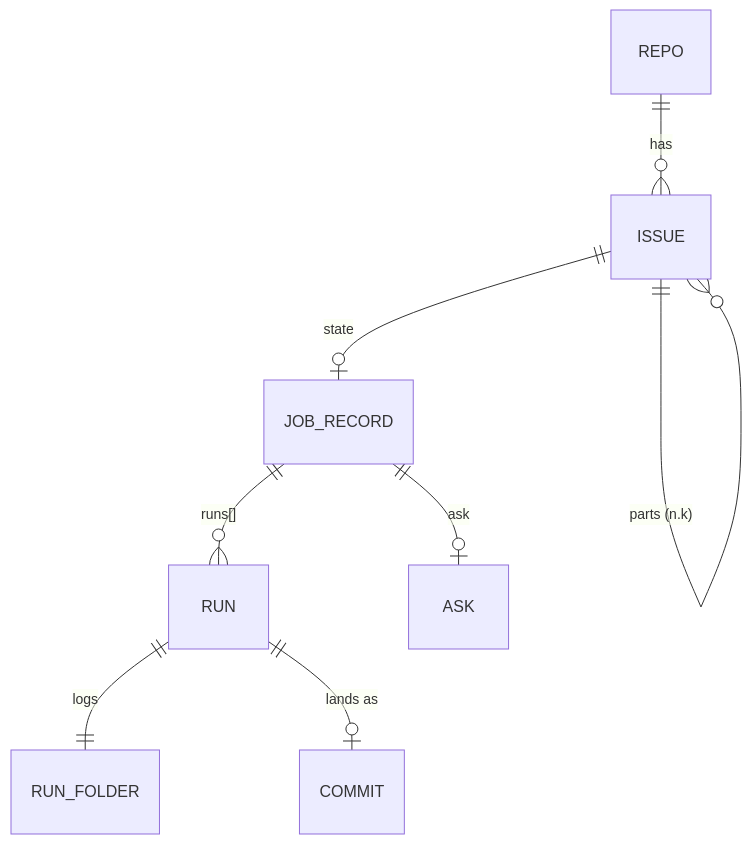
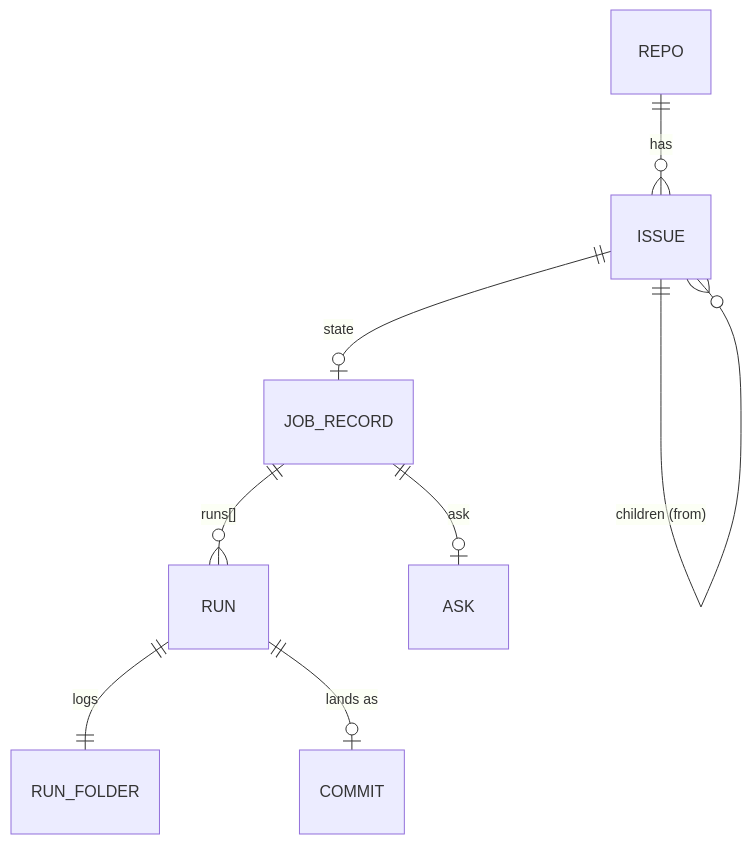
The diagram in docs/data-model.md (crsmithdev/aleph), drawn with Mermaid before and after one commit. The commit also changed other lines of this file and 13 other files, not shown here.

First line of the commit message:
split an issue into children with a from link

````diff
--- a/docs/data-model.md
+++ b/docs/data-model.md
@@ -24,10 +24,10 @@
 ```mermaid
 erDiagram
   REPO ||--o{ ISSUE : "has"
-  ISSUE ||--o{ ISSUE : "parts (n.k)"
+  ISSUE ||--o{ ISSUE : "children (from)"
   ISSUE ||--o| JOB_RECORD : "state"
   JOB_RECORD ||--o{ RUN : "runs[]"
   JOB_RECORD ||--o| ASK : "ask"
   RUN ||--|| RUN_FOLDER : "logs"
   RUN ||--o| COMMIT : "lands as"
 ```
````
